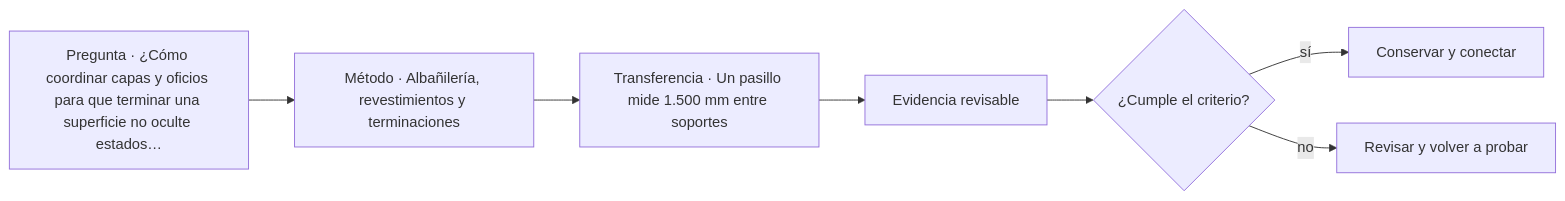
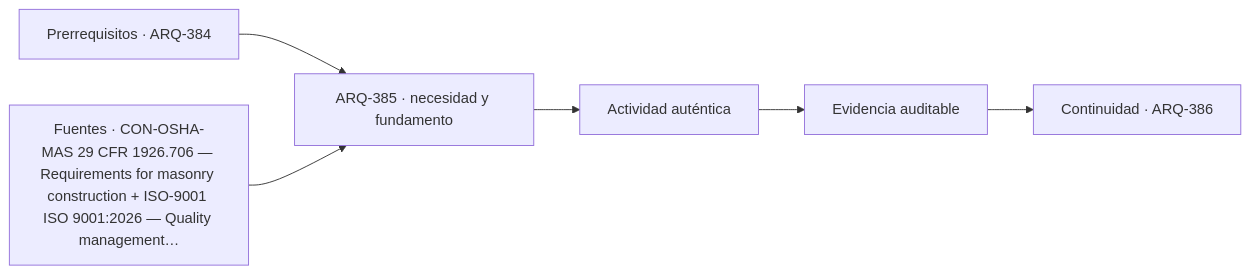
One commit to vladimiracunadev-create/architecture-built-environment-learning-program changed the diagram in classes/parte-39/ARQ-385.md. Above: the diagram before and after it, drawn with Mermaid. The commit also changed other lines of this file and 761 other files, not shown here.

````diff
--- a/classes/parte-39/ARQ-385.md
+++ b/classes/parte-39/ARQ-385.md
@@ -101,9 +113,8 @@
 ```mermaid
 flowchart LR
-    Q["Pregunta · ¿Cómo coordinar capas y oficios para que terminar una superficie no oculte estados…"] --> M["Método · Albañilería, revestimientos y terminaciones"]
-    M --> P["Transferencia · Un pasillo mide 1.500 mm entre soportes"]
-    P --> E["Evidencia revisable"]
-    E --> C{"¿Cumple el criterio?"}
-    C -->|sí| T["Conservar y conectar"]
-    C -->|no| R["Revisar y volver a probar"]
+    A["Prerrequisitos · ARQ-384"] --> B["ARQ-385 · necesidad y fundamento"]
+    S["Fuentes · CON-OSHA-MAS 29 CFR 1926.706 — Requirements for masonry construction + ISO-9001 ISO 9001:2026 — Quality management…"] --> B
+    B --> C["Actividad auténtica"]
+    C --> D["Evidencia auditable"]
+    D --> E["Continuidad · ARQ-386"]
 ```
````
